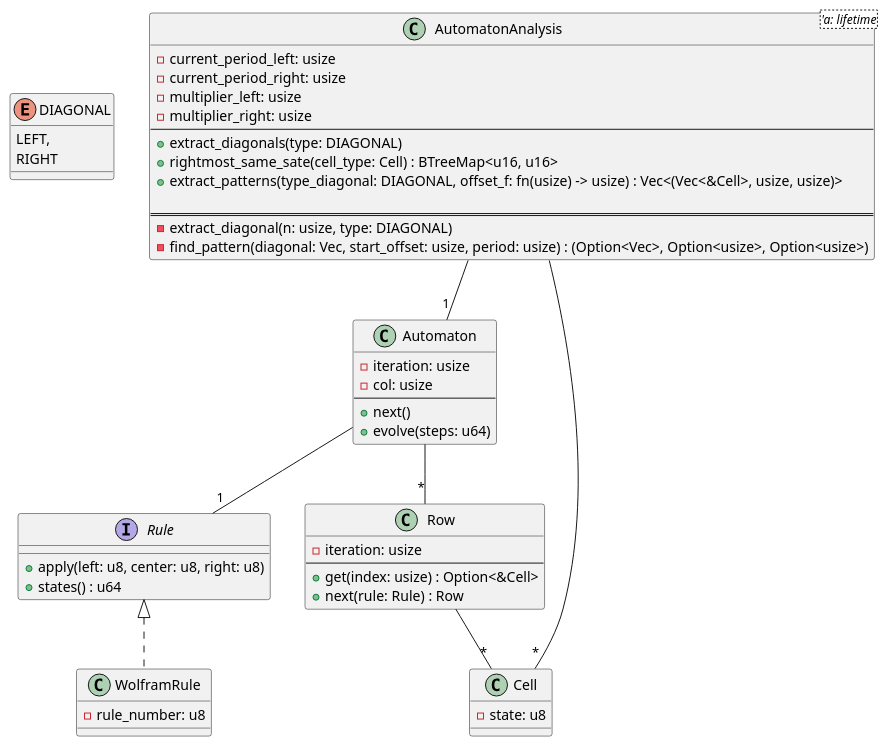
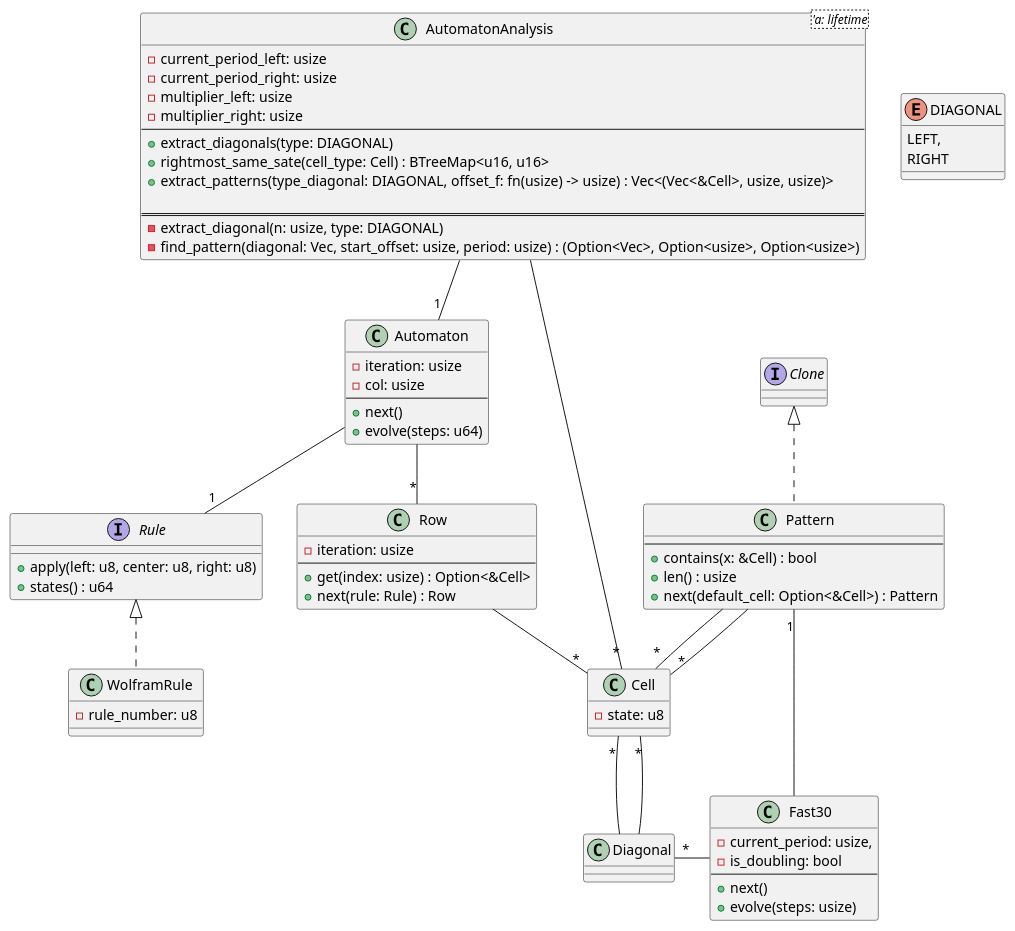
One commit to Demorck/cellular-automata-rust changed the diagram in Diagram.puml. Above: the diagram before and after it, drawn with PlantUML. The commit also changed 3 other files, not shown here.

```diff
--- a/Diagram.puml
+++ b/Diagram.puml
@@ -1,61 +1,89 @@
 @startuml
 
 enum DIAGONAL {
     LEFT,
     RIGHT
 }
 
 class AutomatonAnalysis<'a: lifetime> {
     - current_period_left: usize
     - current_period_right: usize
     - multiplier_left: usize
     - multiplier_right: usize
     --
     + extract_diagonals(type: DIAGONAL)
     + rightmost_same_sate(cell_type: Cell) : BTreeMap<u16, u16>
     + extract_patterns(type_diagonal: DIAGONAL, offset_f: fn(usize) -> usize) : Vec<(Vec<U+003C>&Cell>, usize, usize)>
 
     ==
     - extract_diagonal(n: usize, type: DIAGONAL)
     - find_pattern(diagonal: Vec<&Cell>, start_offset: usize, period: usize) : (Option<Vec<&Cell>>, Option<usize>, Option<usize>)
 }
 
 class Automaton {
     - iteration: usize
     - col: usize
     --
     + next()
     + evolve(steps: u64)
 }
 
 
 class Row {
     - iteration: usize
     --
     + get(index: usize) : Option<U+003C>&Cell<U+003E>
     + next(rule: Rule) : Row
 }
 
 class Cell {
     - state: u8
 }
 
 
 interface Rule {
     + apply(left: u8, center: u8, right: u8)
     + states() : u64
 }
 
 class WolframRule implements Rule {
     - rule_number: u8
 }
 
+class Pattern implements Clone {
+    ---
+    + contains(x: &Cell) : bool
+    + len() : usize
+    + next(default_cell: Option<U+003C>&Cell<U+003E>) : Pattern
+}
+
+class Diagonal {
+
+}
+
+class Fast30 {
+    - current_period: usize,
+    - is_doubling: bool
+    ---
+    + next()
+    + evolve(steps: usize)
+}
+
 
 Automaton -- "*" Row
 Row -- "*" Cell
 Automaton -- "1" Rule
 AutomatonAnalysis -- "1" Automaton
 AutomatonAnalysis -- "*" Cell
 
+Pattern -- "*" Cell
+Pattern -- "*" Cell
+
+
+Diagonal -up- "*" Cell
+Diagonal -up- "*" Cell
+
+Fast30 -left- "*" Diagonal
+Fast30 -left- "1" Pattern
 
 @enduml
```
